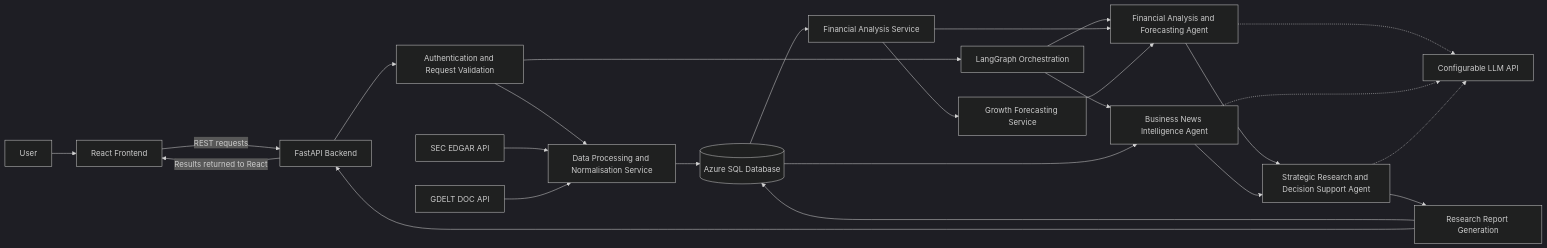
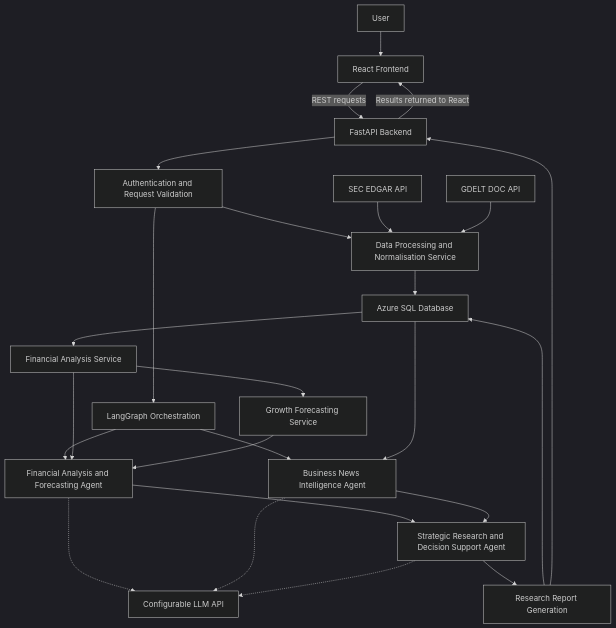
One commit to Hariharan119/ai-business-research-growth-analysis changed the first of 4 diagrams in docs/architecture.md. Above: the diagram before and after it, drawn with Mermaid (dark theme). The commit also changed other lines of this file, not shown here.

Commit message:
Docs: simplify Mermaid flowchart syntax for GitHub rendering

````diff
--- a/docs/architecture.md
+++ b/docs/architecture.md
@@ -5,27 +5,27 @@
 ```mermaid
-flowchart LR
-    U["User"] --> FE["React Frontend"]
-    FE -->|"REST requests"| API["FastAPI Backend"]
-    API --> AUTH["Authentication and Request Validation"]
-    AUTH --> DP["Data Processing and Normalisation Service"]
-    SEC["SEC EDGAR API"] --> DP
-    GD["GDELT DOC API"] --> DP
-    DP --> DB[("Azure SQL Database")]
-    DB --> FIN["Financial Analysis Service"]
-    FIN --> FC["Growth Forecasting Service"]
-    AUTH --> LG["LangGraph Orchestration"]
-    LG --> A1["Financial Analysis and Forecasting Agent"]
-    LG --> A2["Business News Intelligence Agent"]
+flowchart TD
+    U[User] --> FE[React Frontend]
+    FE -->|REST requests| API[FastAPI Backend]
+    API --> AUTH[Authentication and Request Validation]
+    AUTH --> DP[Data Processing and Normalisation Service]
+    SEC[SEC EDGAR API] --> DP
+    GD[GDELT DOC API] --> DP
+    DP --> DB[Azure SQL Database]
+    DB --> FIN[Financial Analysis Service]
+    FIN --> FC[Growth Forecasting Service]
+    AUTH --> LG[LangGraph Orchestration]
+    LG --> A1[Financial Analysis and Forecasting Agent]
+    LG --> A2[Business News Intelligence Agent]
     FIN --> A1
     FC --> A1
     DB --> A2
-    A1 --> A3["Strategic Research and Decision Support Agent"]
+    A1 --> A3[Strategic Research and Decision Support Agent]
     A2 --> A3
-    A1 -.-> LLM["Configurable LLM API"]
+    A1 -.-> LLM[Configurable LLM API]
     A2 -.-> LLM
     A3 -.-> LLM
-    A3 --> RPT["Research Report Generation"]
+    A3 --> RPT[Research Report Generation]
     RPT --> DB
     RPT --> API
-    API -->|"Results returned to React"| FE
+    API -->|Results returned to React| FE
 ```
````
